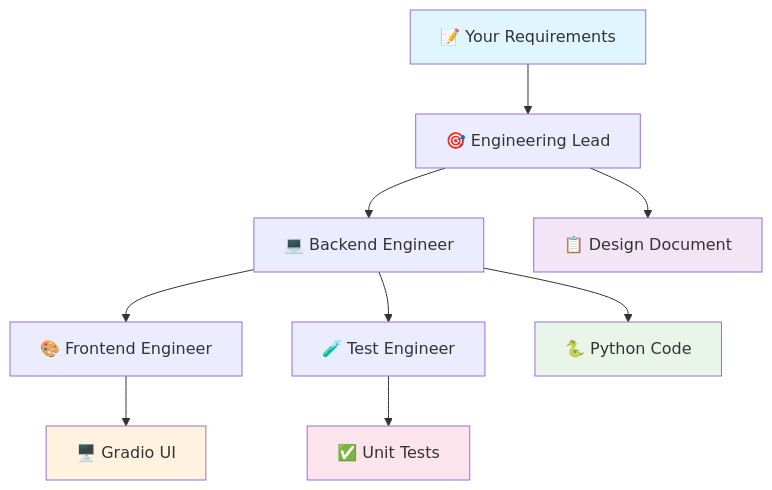
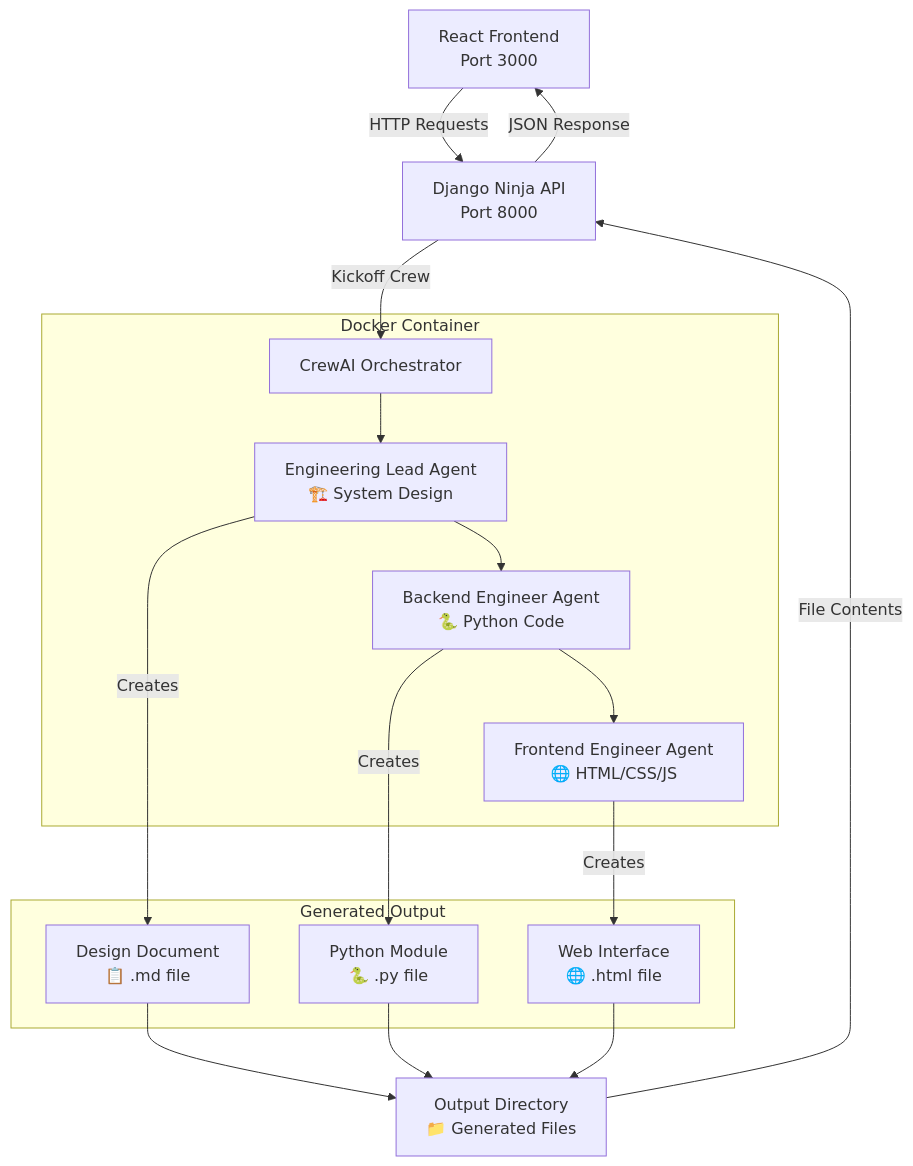
One commit to akshaykarthicks/Django-Docker changed the diagram in README.md. Above: the diagram before and after it, drawn with Mermaid. The commit also changed other lines of this file and 27 other files, not shown here.

````diff
--- a/README.md
+++ b/README.md
@@ -22,18 +21,33 @@
 ```mermaid
-graph TD
-    A[📝 Your Requirements] --> B[🎯 Engineering Lead]
-    B --> C[💻 Backend Engineer]
-    C --> D[🎨 Frontend Engineer]
-    C --> E[🧪 Test Engineer]
+graph TB
+    A[React Frontend<br/>Port 3000] -->|HTTP Requests| B[Django Ninja API<br/>Port 8000]
+    B -->|Kickoff Crew| C[CrewAI Orchestrator]
     
-    B --> F[📋 Design Document]
-    C --> G[🐍 Python Code]
-    D --> H[🖥️ Gradio UI]
-    E --> I[✅ Unit Tests]
+    C --> D[Engineering Lead Agent<br/>🏗️ System Design]
+    D --> E[Backend Engineer Agent<br/>🐍 Python Code]
+    E --> F[Frontend Engineer Agent<br/>🌐 HTML/CSS/JS]
     
-    style A fill:#e1f5fe
-    style F fill:#f3e5f5
-    style G fill:#e8f5e8
-    style H fill:#fff3e0
-    style I fill:#fce4ec
+    D -->|Creates| G[Design Document<br/>📋 .md file]
+    E -->|Creates| H[Python Module<br/>🐍 .py file]
+    F -->|Creates| I[Web Interface<br/>🌐 .html file]
+    
+    G --> J[Output Directory<br/>📁 Generated Files]
+    H --> J
+    I --> J
+    
+    J -->|File Contents| B
+    B -->|JSON Response| A
+    
+    subgraph "Docker Container"
+        C
+        D
+        E
+        F
+    end
+    
+    subgraph "Generated Output"
+        G
+        H
+        I
+    end
 ```
````
